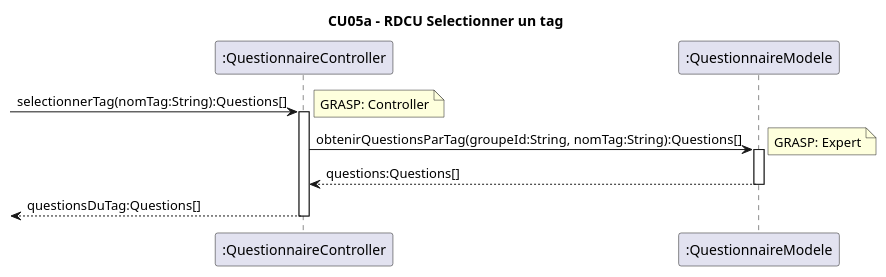
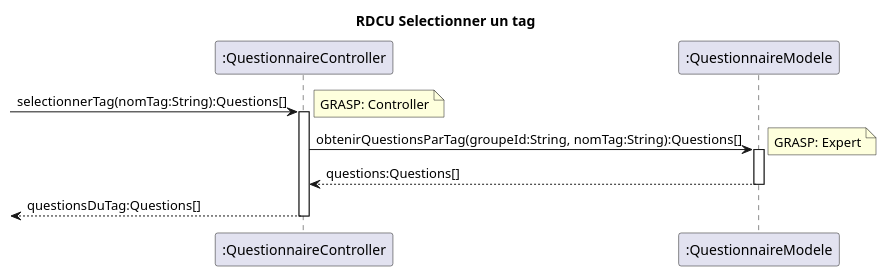
One commit to xMrYahya/moodle-clone changed the diagram in docs/modeles/cu05/rdcu-selectionner-tag.puml. Above: the diagram before and after it, drawn with PlantUML. The commit also changed 14 other files, not shown here.

Commit message:
fix de noms de diagrammes

```diff
--- a/docs/modeles/cu05/rdcu-selectionner-tag.puml
+++ b/docs/modeles/cu05/rdcu-selectionner-tag.puml
@@ -1,19 +1,19 @@
 @startuml
-title CU05a - RDCU Selectionner un tag
+title RDCU Selectionner un tag
 
 participant ":QuestionnaireController" as controller
 participant ":QuestionnaireModele" as questionnaireModele
 
 -> controller : selectionnerTag(nomTag:String):Questions[]
 note right: GRASP: Controller
 activate controller
 'peut etre changer la classe qui recoit obtenirQuestionsParTag() pour ne pas que le modele de questionnaire soit oblige de connaitre les tags
 controller -> questionnaireModele : obtenirQuestionsParTag(groupeId:String, nomTag:String):Questions[]
 note right: GRASP: Expert
 activate questionnaireModele
 questionnaireModele --> controller : questions:Questions[]
 deactivate questionnaireModele
 <-- controller : questionsDuTag:Questions[]
 deactivate controller
 
 @enduml
```
